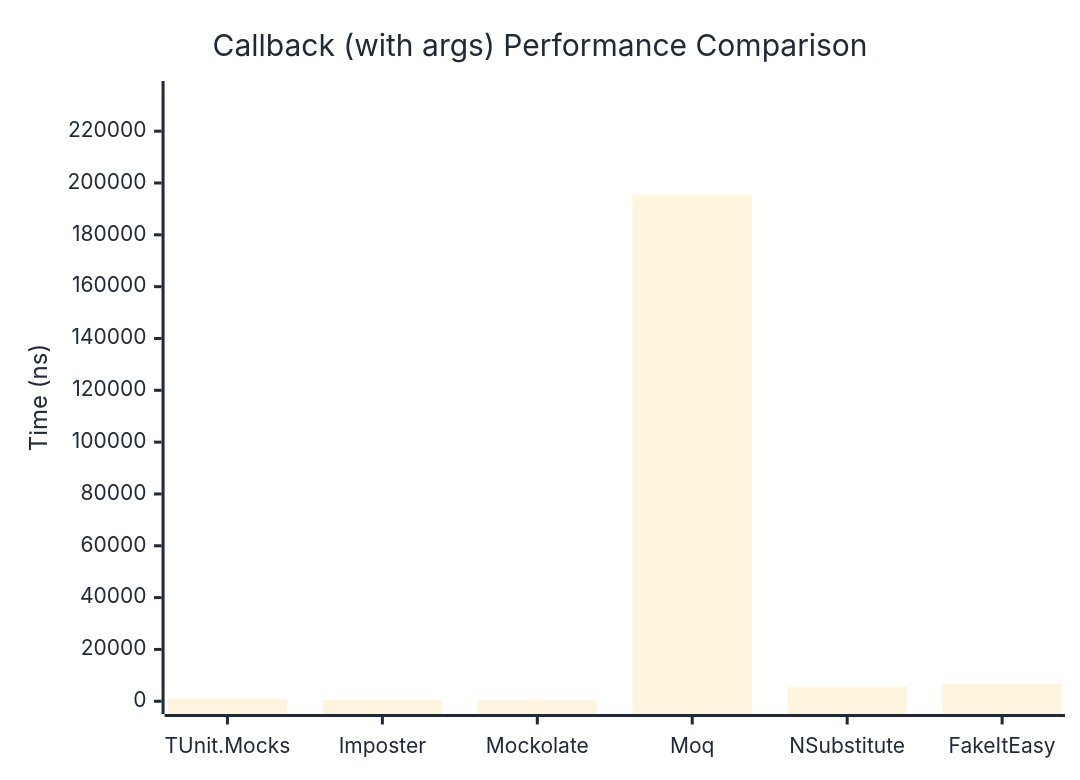
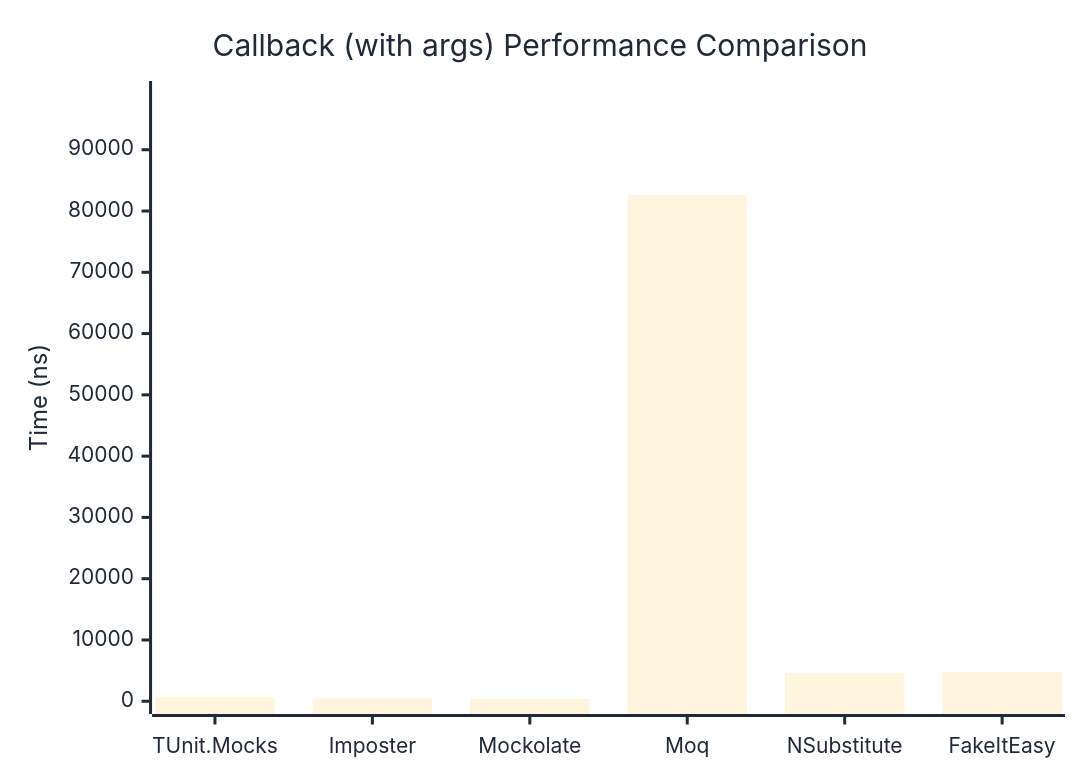
The second of 2 diagrams in docs/docs/benchmarks/mocks/Callback.md (thomhurst/TUnit), drawn with Mermaid before and after one commit. The commit also changed other lines of this file and 14 other files, not shown here.

````diff
--- a/docs/docs/benchmarks/mocks/Callback.md
+++ b/docs/docs/benchmarks/mocks/Callback.md
@@ -71,27 +71,27 @@
 ```mermaid
 %%{init: {
   'theme':'base',
   'themeVariables': {
     'primaryColor': '#2563eb',
     'primaryTextColor': '#1f2937',
     'primaryBorderColor': '#1e40af',
     'lineColor': '#6b7280',
     'secondaryColor': '#7c3aed',
     'tertiaryColor': '#dc2626',
     'background': '#ffffff',
     'pie1': '#2563eb',
     'pie2': '#7c3aed',
     'pie3': '#dc2626',
     'pie4': '#f59e0b',
     'pie5': '#10b981',
     'pie6': '#06b6d4',
     'pie7': '#ec4899',
     'pie8': '#6366f1'
   }
 }}%%
 xychart-beta
   title "Callback (with args) Performance Comparison"
   x-axis ["TUnit.Mocks", "Imposter", "Mockolate", "Moq", "NSubstitute", "FakeItEasy"]
-  y-axis "Time (ns)" 0 --> 234446
-  bar [882.5, 555.6, 390.8, 195371.4, 5609.5, 6756.9]
+  y-axis "Time (ns)" 0 --> 99138
+  bar [707.6, 448.6, 357.7, 82614.6, 4576, 4779.7]
 ```
````
